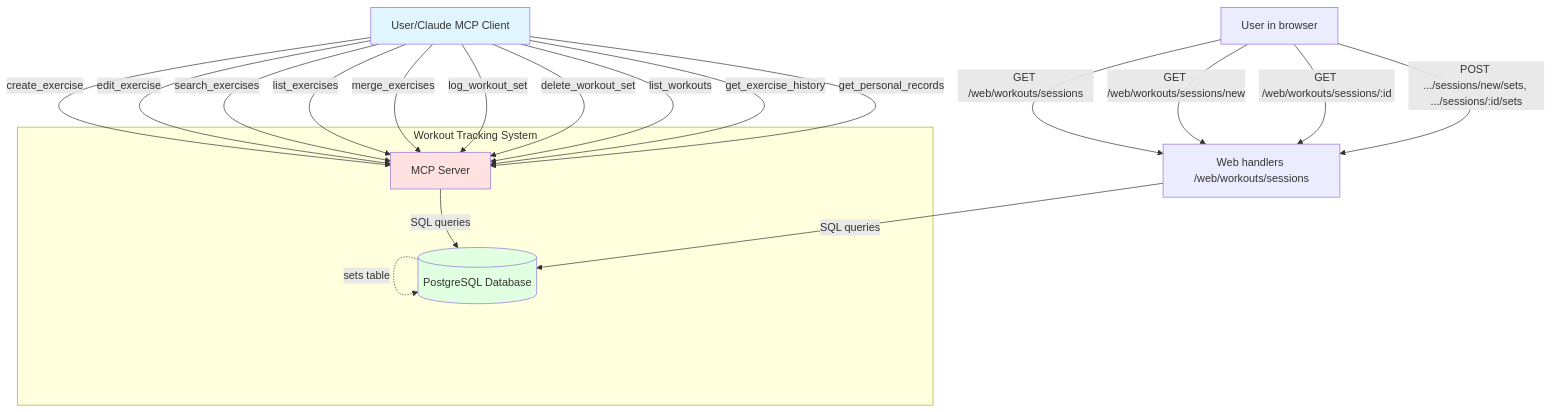
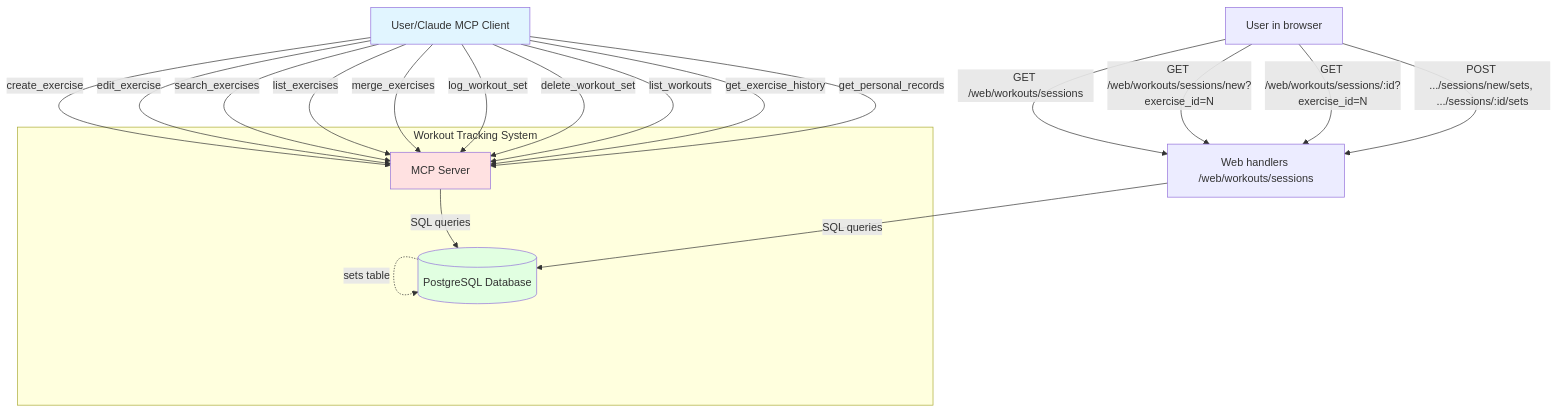
The second of 2 diagrams in docs/functions/workout-spec.md (rusinikita/personal), drawn with Mermaid before and after one commit. The commit also changed other lines of this file and 2 other files, not shown here.

First line of the commit message:
feat(workout): prefill set form from exercise dropdown

````diff
--- a/docs/functions/workout-spec.md
+++ b/docs/functions/workout-spec.md
@@ -51,38 +51,38 @@
 ```mermaid
 graph TB
     User[User/Claude MCP Client]
     
     subgraph "Workout Tracking System"
         MCP[MCP Server]
         DB[(PostgreSQL Database)]
         
         MCP -->|SQL queries| DB
     end
     
     User -->|create_exercise| MCP
     User -->|edit_exercise| MCP
     User -->|search_exercises| MCP
     User -->|list_exercises| MCP
     User -->|merge_exercises| MCP
     User -->|log_workout_set| MCP
     User -->|delete_workout_set| MCP
     User -->|list_workouts| MCP
     User -->|get_exercise_history| MCP
     User -->|get_personal_records| MCP
 
     Browser[User in browser]
     Web[Web handlers /web/workouts/sessions]
     Web -->|SQL queries| DB
     Browser -->|GET /web/workouts/sessions| Web
-    Browser -->|GET /web/workouts/sessions/new| Web
-    Browser -->|GET /web/workouts/sessions/:id| Web
+    Browser -->|GET /web/workouts/sessions/new?exercise_id=N| Web
+    Browser -->|GET /web/workouts/sessions/:id?exercise_id=N| Web
     Browser -->|POST .../sessions/new/sets, .../sessions/:id/sets| Web
     
     DB -.->|exercises table| DB
     DB -.->|workouts table| DB
     DB -.->|sets table| DB
     
     style User fill:#e1f5ff
     style MCP fill:#ffe1e1
     style DB fill:#e1ffe1
 ```
````
